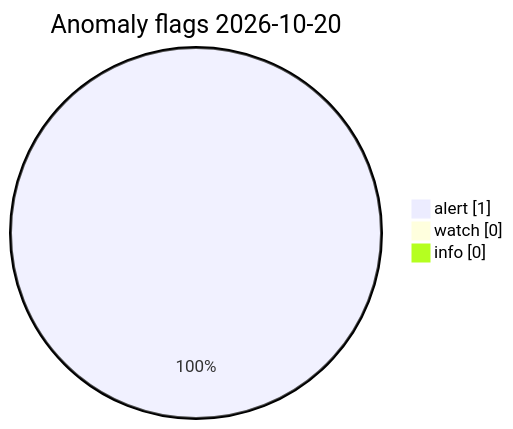
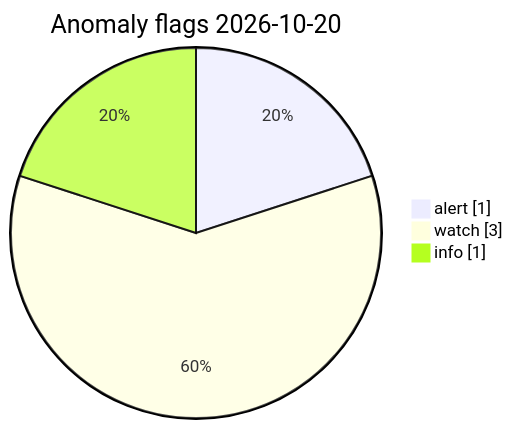
One commit to Midwest-Stratospheric/Unified-Open-Global-Weather changed the diagram in visuals/latest/CHARTS.md. Above: the diagram before and after it, drawn with Mermaid. The commit also changed other lines of this file and 13 other files, not shown here.

Commit message:
data(visuals): automated charts 2026-10-20T14:25Z

````diff
--- a/visuals/latest/CHARTS.md
+++ b/visuals/latest/CHARTS.md
@@ -73,7 +73,7 @@
 ```mermaid
 pie showData
   title Anomaly flags 2026-10-20
   "alert" : 1
-  "watch" : 0
-  "info" : 0
+  "watch" : 3
+  "info" : 1
 ```
````
